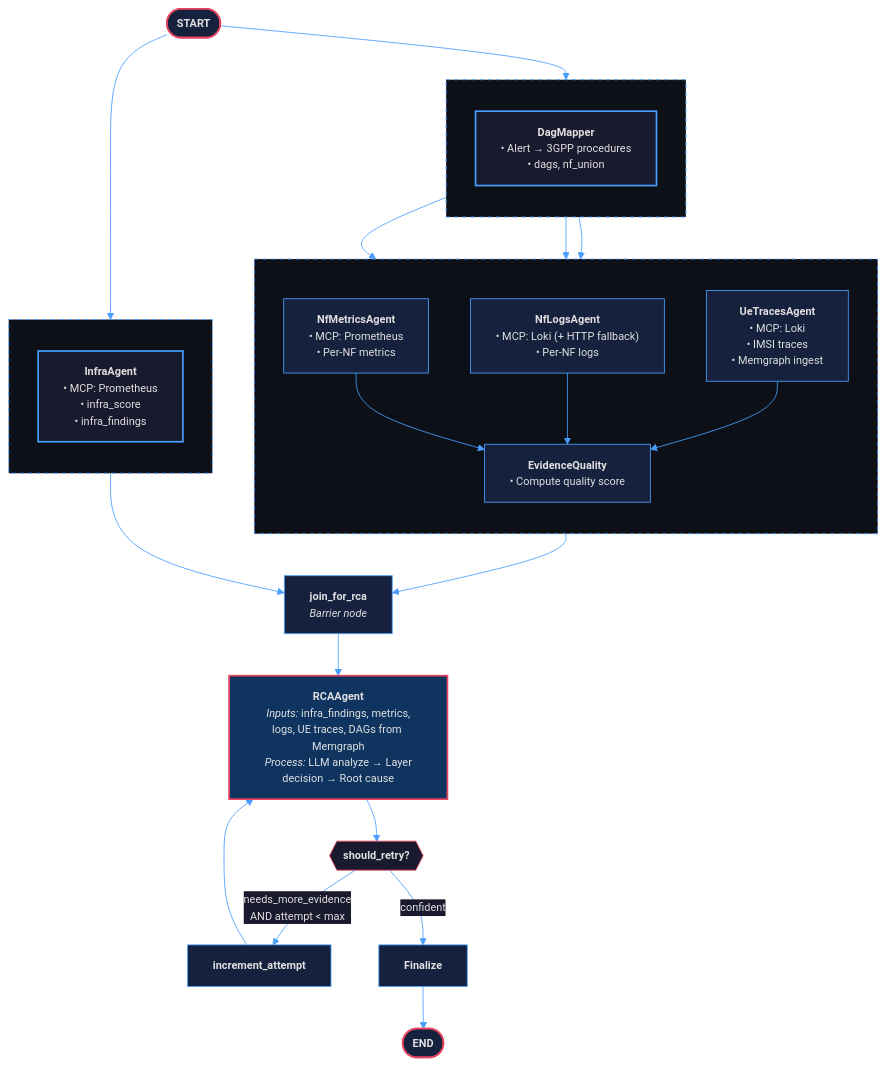
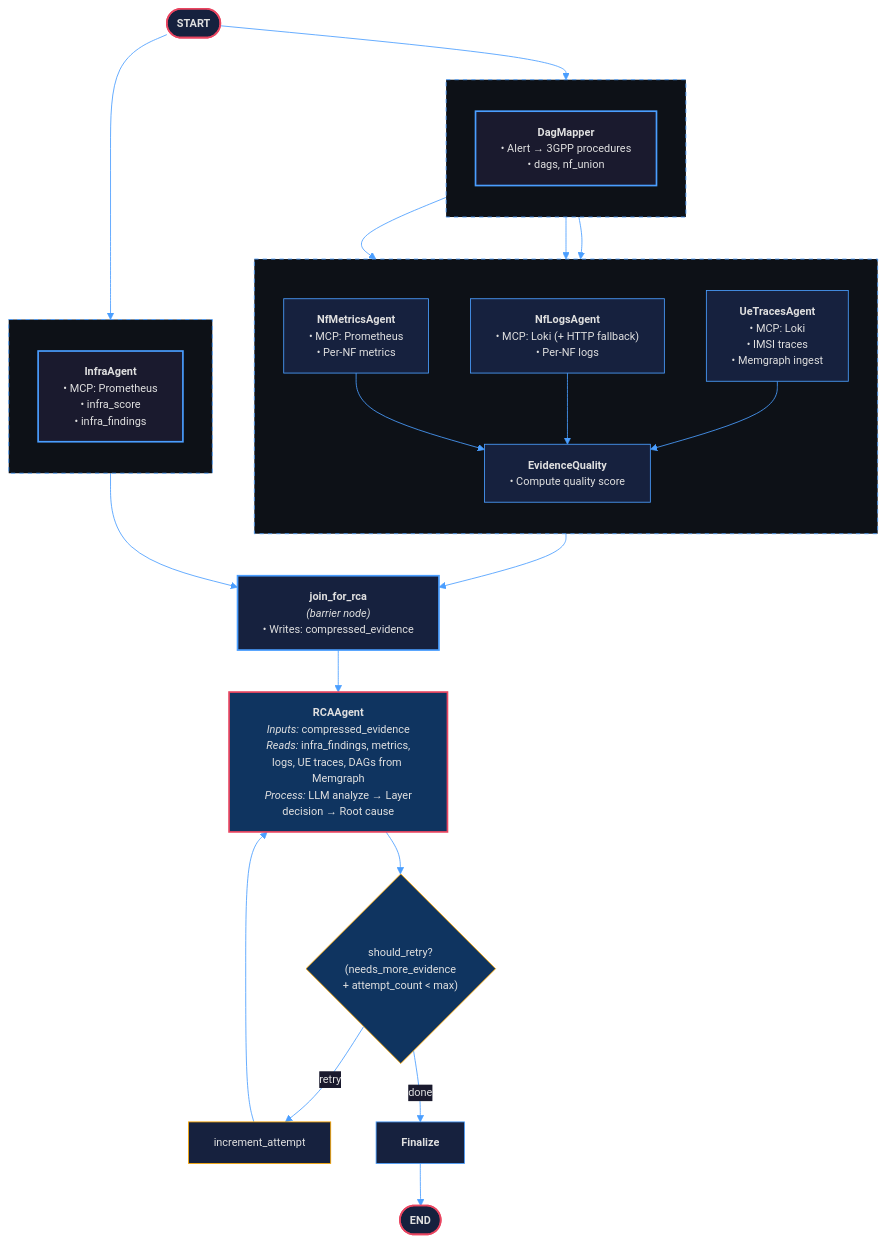
The diagram in docs/state_flow_diagram.mermaid (skapoula/5g-triage-agent), drawn with Mermaid before and after one commit. The commit also changed 2 other files, not shown here.

Commit message:
docs: update architecture to reflect join_for_rca as evidence-joining barrier
- Add join_for_rca node to workflow_diagram.mermaid and state_flow_diagram.mermaid
  with edges infra_agent → join_for_rca, evidence_quality → join_for_rca,
  join_for_rca → rca_agent; remove direct evidence_quality → rca_agent edge
- Add compressed_evidence state field (written by join_for_rca, read by rca_agent)
  to state_flow_diagram.mermaid and state fields table in architecture doc
- Update section 2.3 (Shared State Object) with full field ownership table
- Add section 3.3.5 describing join_for_rca as explicit barrier node owned by rca_agent.py
- Update section 3.4 RCAAgent trigger to reference join_for_rca barrier instead of
  superstep-merge language; update 3.4.1 inputs to reference compressed_evidence
- Update node/edge tables in section 4.2 to include join_for_rca and increment_attempt

```diff
--- a/docs/state_flow_diagram.mermaid
+++ b/docs/state_flow_diagram.mermaid
@@ -1,56 +1,55 @@
 %%{init: {'theme': 'base', 'themeVariables': { 'primaryColor': '#1a1a2e', 'primaryTextColor': '#e0e0e0', 'primaryBorderColor': '#4a9eff', 'lineColor': '#4a9eff', 'secondaryColor': '#16213e', 'tertiaryColor': '#0f3460', 'background': '#0d1117', 'mainBkg': '#1a1a2e', 'nodeBorder': '#4a9eff', 'clusterBkg': '#16213e', 'clusterBorder': '#4a9eff', 'edgeLabelBackground': '#1a1a2e', 'fontFamily': 'Inter, Segoe UI, sans-serif', 'fontSize': '13px' }}}%%
 flowchart TD
     START(["<b>START</b>"]) --> INFRA & DAG
 
     subgraph left ["&nbsp;"]
         direction TB
         INFRA["<b>InfraAgent</b><br/>• MCP: Prometheus<br/>• infra_score<br/>• infra_findings"]
     end
 
     subgraph middle ["&nbsp;"]
         direction TB
         DAG["<b>DagMapper</b><br/>• Alert → 3GPP procedures<br/>• dags, nf_union"]
     end
 
     subgraph right ["&nbsp;"]
         direction TB
         M["<b>NfMetricsAgent</b><br/>• MCP: Prometheus<br/>• Per-NF metrics"]
         L["<b>NfLogsAgent</b><br/>• MCP: Loki (+ HTTP fallback)<br/>• Per-NF logs"]
         U["<b>UeTracesAgent</b><br/>• MCP: Loki<br/>• IMSI traces<br/>• Memgraph ingest"]
         EQ["<b>EvidenceQuality</b><br/>• Compute quality score"]
         M --> EQ
         L --> EQ
         U --> EQ
     end
 
     DAG --> M
     DAG --> L
     DAG --> U
 
-    INFRA --> JOIN["<b>join_for_rca</b><br/><i>Barrier node</i>"]
-    EQ --> JOIN
+    INFRA --> JR
+    EQ --> JR["<b>join_for_rca</b><br/><i>(barrier node)</i><br/>• Writes: compressed_evidence"]
+    JR --> RCA["<b>RCAAgent</b><br/><i>Inputs:</i> compressed_evidence<br/><i>Reads:</i> infra_findings, metrics,<br/>logs, UE traces, DAGs from Memgraph<br/><i>Process:</i> LLM analyze → Layer<br/>decision → Root cause"]
 
-    JOIN --> RCA["<b>RCAAgent</b><br/><i>Inputs:</i> infra_findings, metrics,<br/>logs, UE traces, DAGs from Memgraph<br/><i>Process:</i> LLM analyze → Layer<br/>decision → Root cause"]
-
-    RCA --> RETRY{{"<b>should_retry?</b>"}}
-    RETRY -->|"needs_more_evidence<br/>AND attempt < max"| INC["<b>increment_attempt</b>"]
+    RCA --> RETRY{"should_retry?\n(needs_more_evidence\n+ attempt_count < max)"}
+    RETRY -->|"retry"| INC["increment_attempt"]
     INC --> RCA
-    RETRY -->|confident| FIN["<b>Finalize</b>"]
+    RETRY -->|"done"| FIN["<b>Finalize</b>"]
     FIN --> END_NODE(["<b>END</b>"])
 
     style START fill:#16213e,stroke:#e94560,stroke-width:2px,color:#e0e0e0
     style INFRA fill:#1a1a2e,stroke:#4a9eff,stroke-width:2px,color:#e0e0e0
     style DAG fill:#1a1a2e,stroke:#4a9eff,stroke-width:2px,color:#e0e0e0
     style M fill:#16213e,stroke:#4a9eff,stroke-width:1px,color:#e0e0e0
     style L fill:#16213e,stroke:#4a9eff,stroke-width:1px,color:#e0e0e0
     style U fill:#16213e,stroke:#4a9eff,stroke-width:1px,color:#e0e0e0
     style EQ fill:#16213e,stroke:#4a9eff,stroke-width:1px,color:#e0e0e0
-    style JOIN fill:#16213e,stroke:#4a9eff,stroke-width:1px,color:#e0e0e0
+    style JR fill:#16213e,stroke:#4a9eff,stroke-width:2px,color:#e0e0e0
     style RCA fill:#0f3460,stroke:#e94560,stroke-width:2px,color:#e0e0e0
-    style RETRY fill:#1a1a2e,stroke:#e94560,stroke-width:1px,color:#e0e0e0
-    style INC fill:#16213e,stroke:#4a9eff,stroke-width:1px,color:#e0e0e0
+    style RETRY fill:#0f3460,stroke:#ffaa00,stroke-width:1px,color:#e0e0e0
+    style INC fill:#16213e,stroke:#ffaa00,stroke-width:1px,color:#e0e0e0
     style FIN fill:#16213e,stroke:#4a9eff,stroke-width:1px,color:#e0e0e0
     style END_NODE fill:#16213e,stroke:#e94560,stroke-width:2px,color:#e0e0e0
     style left fill:#0d1117,stroke:#4a9eff,stroke-width:1px,stroke-dasharray: 5 5,color:#e0e0e0
     style middle fill:#0d1117,stroke:#4a9eff,stroke-width:1px,stroke-dasharray: 5 5,color:#e0e0e0
     style right fill:#0d1117,stroke:#4a9eff,stroke-width:1px,stroke-dasharray: 5 5,color:#e0e0e0
```
